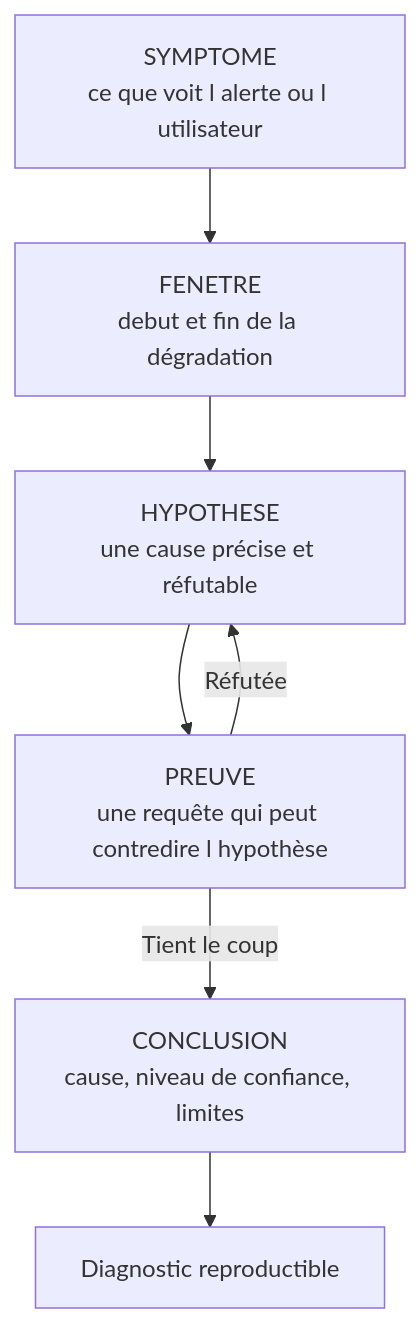
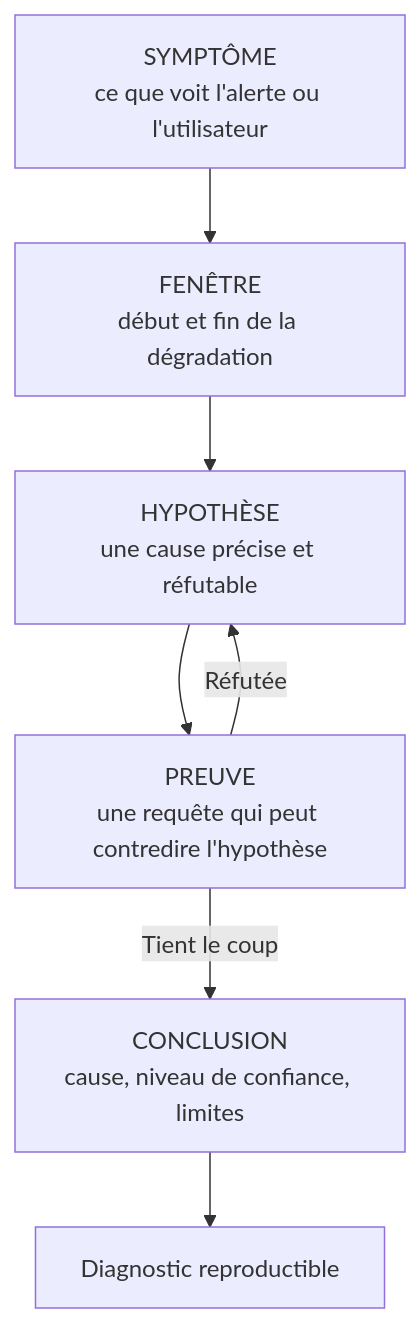
One commit to Gooseppr/GevOps_LC changed the first of 2 diagrams in courses/grafana/20_diagnostic_incident.md. Above: the diagram before and after it, drawn with Mermaid. The commit also changed other lines of this file and 56 other files, not shown here.

````diff
--- a/courses/grafana/20_diagnostic_incident.md
+++ b/courses/grafana/20_diagnostic_incident.md
@@ -49,9 +49,9 @@
 ```mermaid
 flowchart TD
-    A[SYMPTOME<br/>ce que voit l alerte ou l utilisateur] --> B[FENETRE<br/>debut et fin de la dégradation]
-    B --> C[HYPOTHESE<br/>une cause précise et réfutable]
-    C --> D[PREUVE<br/>une requête qui peut contredire l hypothèse]
+    A[SYMPTÔME<br/>ce que voit l'alerte ou l'utilisateur] --> B[FENÊTRE<br/>début et fin de la dégradation]
+    B --> C[HYPOTHÈSE<br/>une cause précise et réfutable]
+    C --> D[PREUVE<br/>une requête qui peut contredire l'hypothèse]
     D -->|Réfutée| C
     D -->|Tient le coup| E[CONCLUSION<br/>cause, niveau de confiance, limites]
     E --> F[Diagnostic reproductible]
 ```
````
